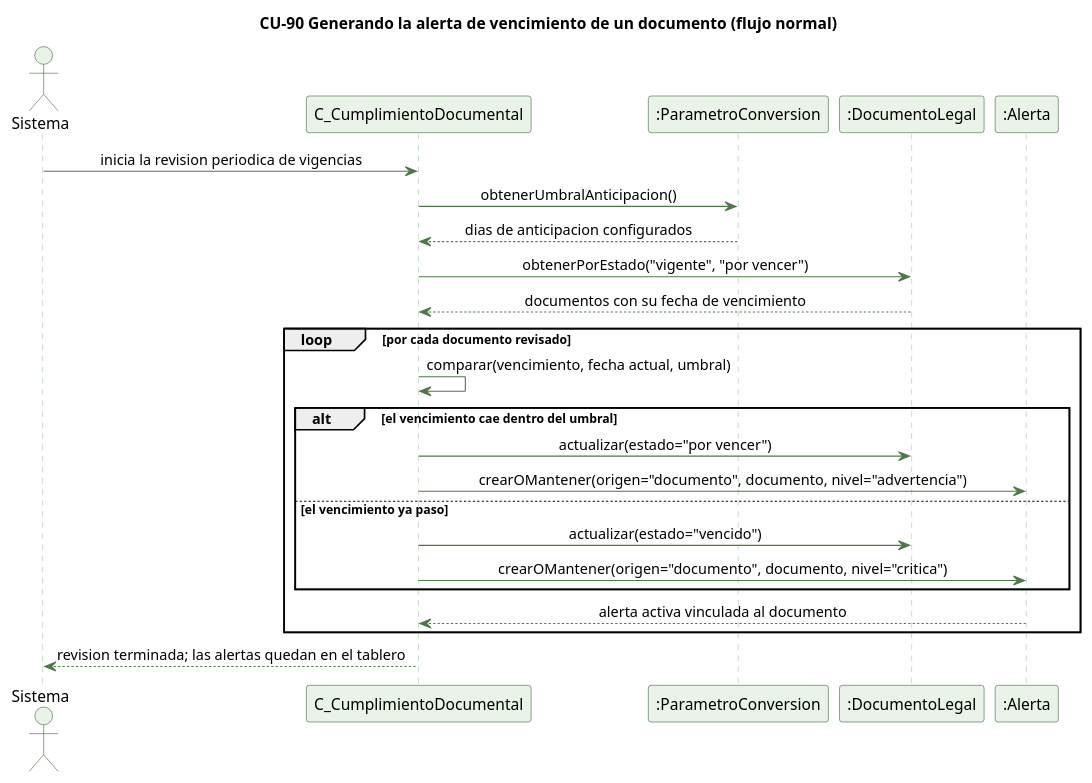
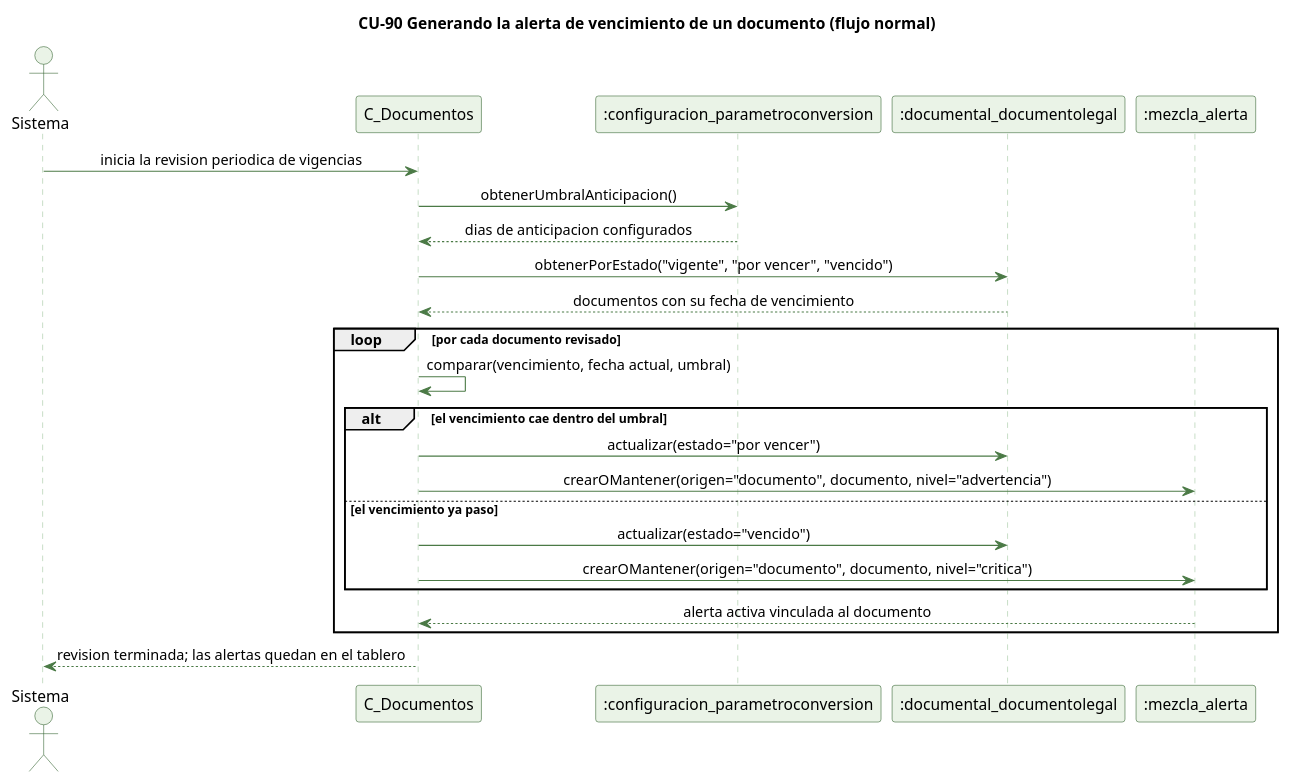
Before and after one commit to kenjikaese/Triverde: the diagram in docs/trabajo-grupal/diagramas/secuencias/cu90-alerta-vencimiento-normal.puml, drawn with PlantUML. The commit also changed 41 other files, not shown here.

```diff
--- a/docs/trabajo-grupal/diagramas/secuencias/cu90-alerta-vencimiento-normal.puml
+++ b/docs/trabajo-grupal/diagramas/secuencias/cu90-alerta-vencimiento-normal.puml
@@ -1,40 +1,40 @@
 @startuml cu90-alerta-vencimiento-normal
 ' CU-90 Generando la alerta de vencimiento de un documento - flujo normal
 skinparam backgroundColor #FFFFFF
 skinparam shadowing false
 skinparam defaultFontName Helvetica
 skinparam sequenceMessageAlign center
 skinparam ParticipantBackgroundColor #EAF3E7
 skinparam ParticipantBorderColor #2E5E2A
 skinparam ActorBackgroundColor #EAF3E7
 skinparam ActorBorderColor #2E5E2A
 skinparam sequenceLifeLineBorderColor #9CC49A
 skinparam ArrowColor #4B7A46
 
 title CU-90 Generando la alerta de vencimiento de un documento (flujo normal)
 
 actor Sistema
-participant "C_CumplimientoDocumental" as C
-participant ":ParametroConversion" as P
-participant ":DocumentoLegal" as D
-participant ":Alerta" as A
+participant "C_Documentos" as C
+participant ":configuracion_parametroconversion" as P
+participant ":documental_documentolegal" as D
+participant ":mezcla_alerta" as A
 
 Sistema -> C : inicia la revision periodica de vigencias
 C -> P : obtenerUmbralAnticipacion()
 P --> C : dias de anticipacion configurados
-C -> D : obtenerPorEstado("vigente", "por vencer")
+C -> D : obtenerPorEstado("vigente", "por vencer", "vencido")
 D --> C : documentos con su fecha de vencimiento
 loop por cada documento revisado
   C -> C : comparar(vencimiento, fecha actual, umbral)
   alt el vencimiento cae dentro del umbral
     C -> D : actualizar(estado="por vencer")
     C -> A : crearOMantener(origen="documento", documento, nivel="advertencia")
   else el vencimiento ya paso
     C -> D : actualizar(estado="vencido")
     C -> A : crearOMantener(origen="documento", documento, nivel="critica")
   end
   A --> C : alerta activa vinculada al documento
 end
 C --> Sistema : revision terminada; las alertas quedan en el tablero
 
 @enduml
```
